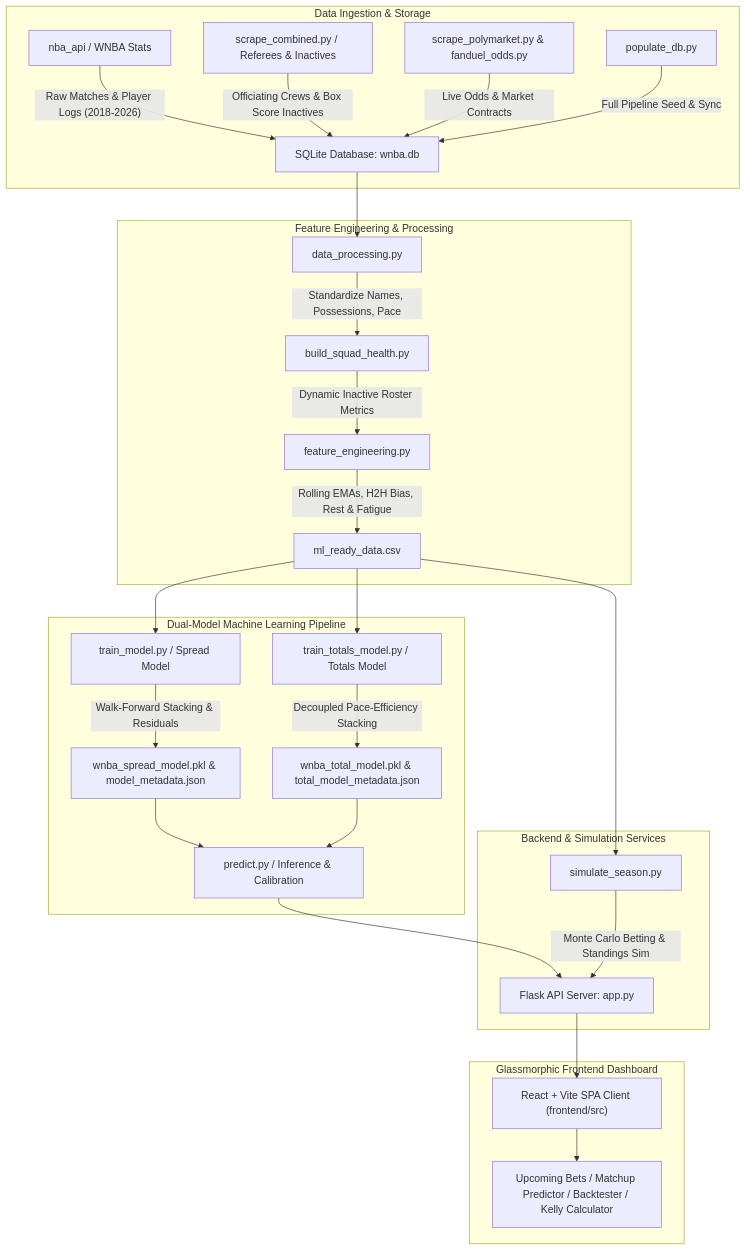
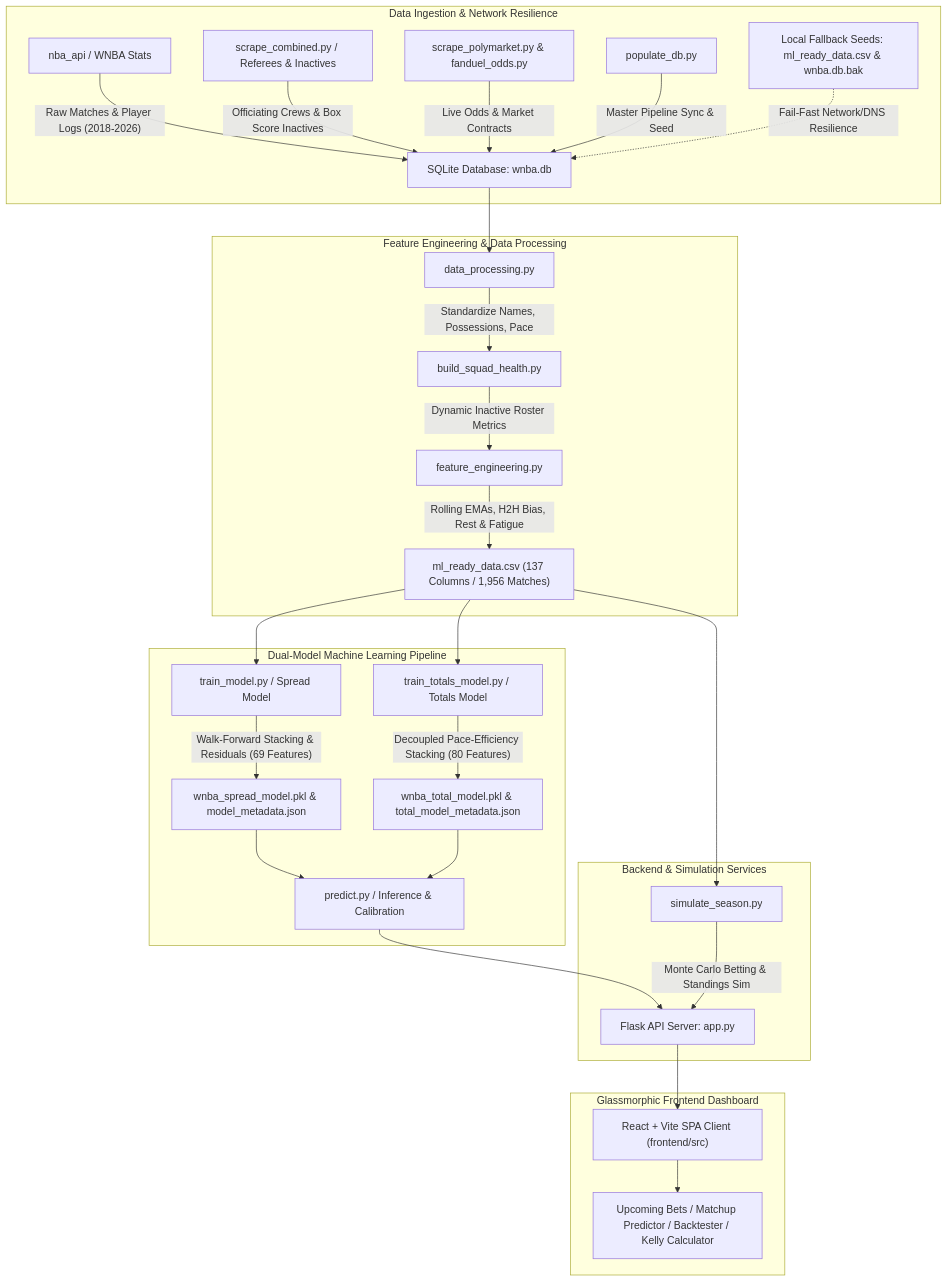
One commit to Yo014/ML-WnbaPrediction changed the diagram in README.md. Above: the diagram before and after it, drawn with Mermaid. The commit also changed other lines of this file and 23 other files, not shown here.

````diff
--- a/README.md
+++ b/README.md
@@ -11,38 +11,39 @@
 ```mermaid
 flowchart TD
-    subgraph Data Ingestion & Storage
+    subgraph Data Ingestion & Network Resilience
         A["nba_api / WNBA Stats"] -->|"Raw Matches & Player Logs (2018-2026)"| D["SQLite Database: wnba.db"]
         B["scrape_combined.py / Referees & Inactives"] -->|"Officiating Crews & Box Score Inactives"| D
         C["scrape_polymarket.py & fanduel_odds.py"] -->|"Live Odds & Market Contracts"| D
-        P["populate_db.py"] -->|"Full Pipeline Seed & Sync"| D
+        P["populate_db.py"] -->|"Master Pipeline Sync & Seed"| D
+        FB["Local Fallback Seeds: ml_ready_data.csv & wnba.db.bak"] -.->|"Fail-Fast Network/DNS Resilience"| D
     end
 
-    subgraph Feature Engineering & Processing
+    subgraph Feature Engineering & Data Processing
         D --> E["data_processing.py"]
         E -->|"Standardize Names, Possessions, Pace"| F["build_squad_health.py"]
         F -->|"Dynamic Inactive Roster Metrics"| G["feature_engineering.py"]
-        G -->|"Rolling EMAs, H2H Bias, Rest & Fatigue"| H["ml_ready_data.csv"]
+        G -->|"Rolling EMAs, H2H Bias, Rest & Fatigue"| H["ml_ready_data.csv (137 Columns / 1,956 Matches)"]
     end
 
     subgraph Dual-Model Machine Learning Pipeline
         H --> I["train_model.py / Spread Model"]
         H --> J["train_totals_model.py / Totals Model"]
         
-        I -->|"Walk-Forward Stacking & Residuals"| K["wnba_spread_model.pkl & model_metadata.json"]
-        J -->|"Decoupled Pace-Efficiency Stacking"| L["wnba_total_model.pkl & total_model_metadata.json"]
+        I -->|"Walk-Forward Stacking & Residuals (69 Features)"| K["wnba_spread_model.pkl & model_metadata.json"]
+        J -->|"Decoupled Pace-Efficiency Stacking (80 Features)"| L["wnba_total_model.pkl & total_model_metadata.json"]
         
         K --> M["predict.py / Inference & Calibration"]
         L --> M
     end
 
     subgraph Backend & Simulation Services
         M --> N["Flask API Server: app.py"]
         H --> O["simulate_season.py"]
         O -->|"Monte Carlo Betting & Standings Sim"| N
     end
 
     subgraph Glassmorphic Frontend Dashboard
         N --> Q["React + Vite SPA Client (frontend/src)"]
         Q --> R["Upcoming Bets / Matchup Predictor / Backtester / Kelly Calculator"]
     end
 ```
````
